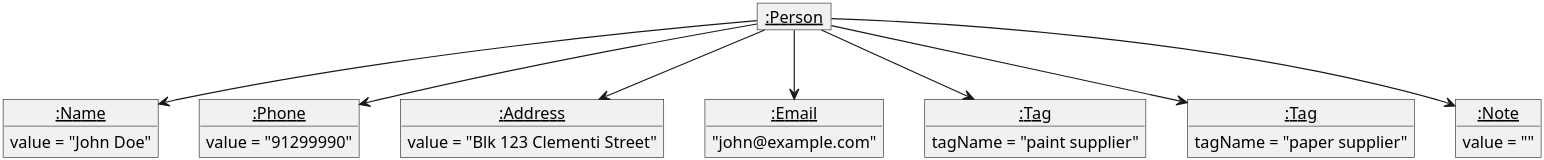
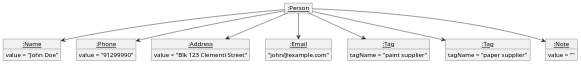
One commit to AY2425S2-CS2103T-W13-4/tp changed the diagram in diagrams/PersonObjectDiagram.puml. Above: the diagram before and after it, drawn with PlantUML. The commit also changed 23 other files, not shown here.

```diff
--- a/diagrams/PersonObjectDiagram.puml
+++ b/diagrams/PersonObjectDiagram.puml
@@ -1,37 +1,38 @@
 @startuml
 
 scale 800 height
+scale 2000 width
 
 object "<u>:Person" as Person
 object "<u>:Address" as Address
 
 object "<u>:Email" as Email
 object "<u>:Name" as Name
 object "<u>:Phone" as Phone
 object "<u>:Tag" as FirstTag
 object "<u>:Tag" as SecondTag
 object "<u>:Note" as Note
 
 Person --> Name
 Person --> Phone
 Person --> Email
 Person --> Address
 Person --> FirstTag
 Person --> SecondTag
 Person --> Note
 
 hide Person members
 
 Name -[hidden]right-> Phone
 Phone -[hidden]right-> Address
 Address -[hidden]right-> Email
 
 
 Phone : value = "91299990"
 Name : value = "John Doe"
 Address : value = "Blk 123 Clementi Street"
 Email : "john@example.com"
 FirstTag : tagName = "paint supplier"
 SecondTag : tagName = "paper supplier"
 Note : value = ""
 @enduml
```
